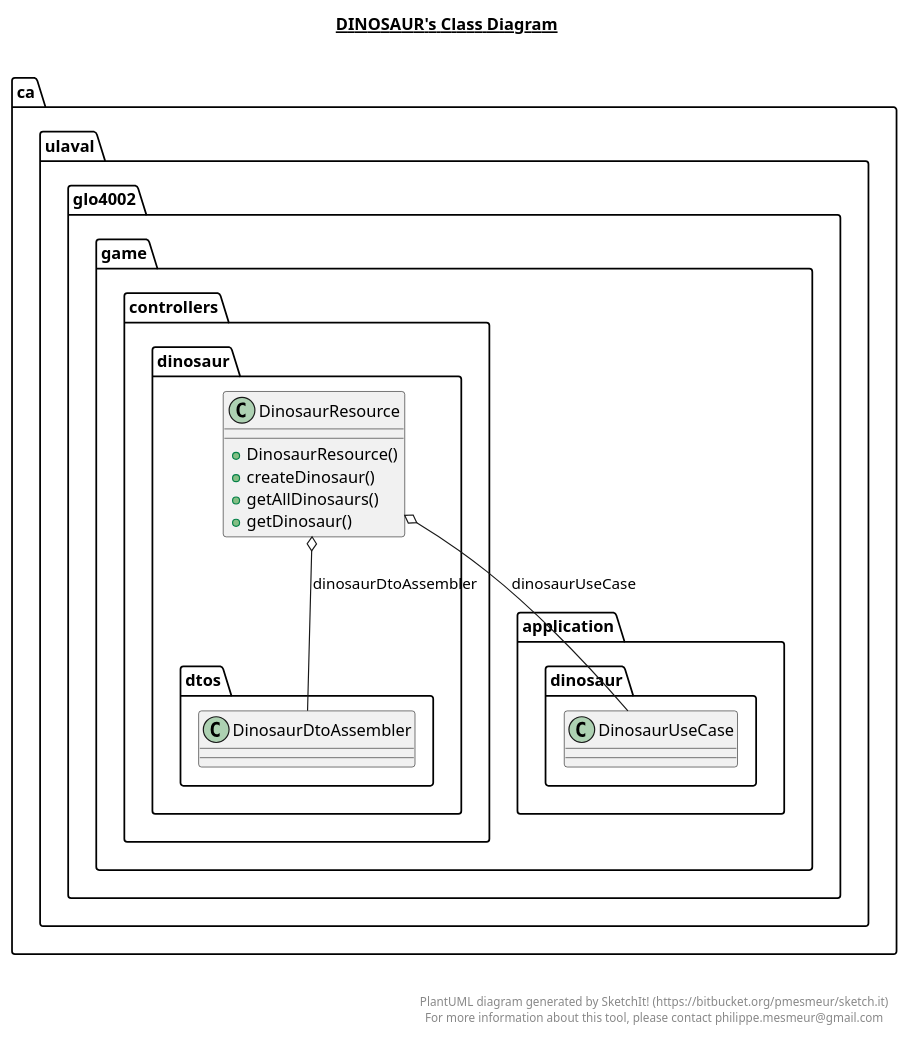
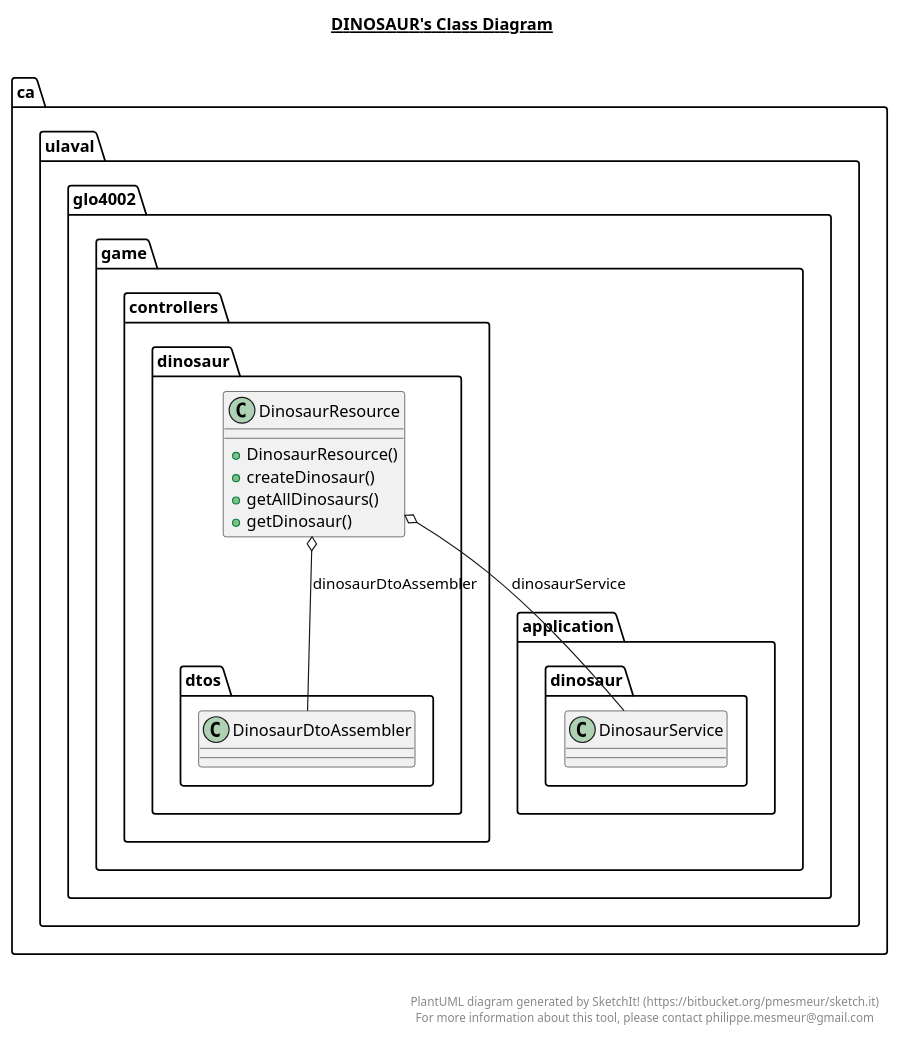
The diagram in game-api/src/main/java/ca/ulaval/glo4002/game/controllers/dinosaur/dinosaur.plantuml (MALEC321/MEP7), drawn with PlantUML before and after one commit. The commit also changed 31 other files, not shown here.

```diff
--- a/game-api/src/main/java/ca/ulaval/glo4002/game/controllers/dinosaur/dinosaur.plantuml
+++ b/game-api/src/main/java/ca/ulaval/glo4002/game/controllers/dinosaur/dinosaur.plantuml
@@ -1,27 +1,27 @@
 @startuml
 
 title __DINOSAUR's Class Diagram__\n
 
     namespace ca.ulaval.glo4002.game {
       namespace controllers.dinosaur {
         class ca.ulaval.glo4002.game.controllers.dinosaur.DinosaurResource {
             + DinosaurResource()
             + createDinosaur()
             + getAllDinosaurs()
             + getDinosaur()
         }
       }
     }
 
   ca.ulaval.glo4002.game.controllers.dinosaur.DinosaurResource o-- ca.ulaval.glo4002.game.controllers.dinosaur.dtos.DinosaurDtoAssembler : dinosaurDtoAssembler
-  ca.ulaval.glo4002.game.controllers.dinosaur.DinosaurResource o-- ca.ulaval.glo4002.game.application.dinosaur.DinosaurUseCase : dinosaurUseCase
+  ca.ulaval.glo4002.game.controllers.dinosaur.DinosaurResource o-- ca.ulaval.glo4002.game.application.dinosaur.DinosaurService : dinosaurService
 
 
 right footer
 
 
 PlantUML diagram generated by SketchIt! (https://bitbucket.org/pmesmeur/sketch.it)
 For more information about this tool, please contact philippe.mesmeur@gmail.com
 endfooter
 
 @enduml
```
